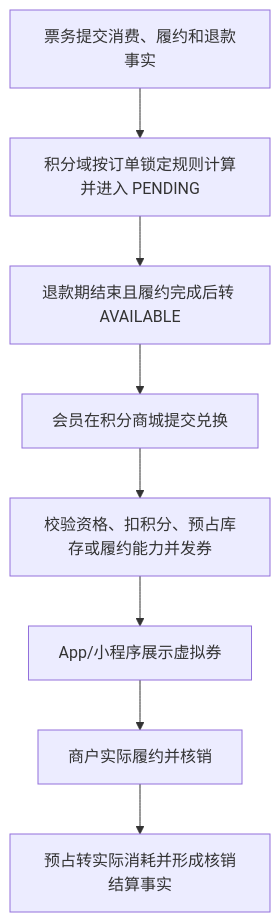
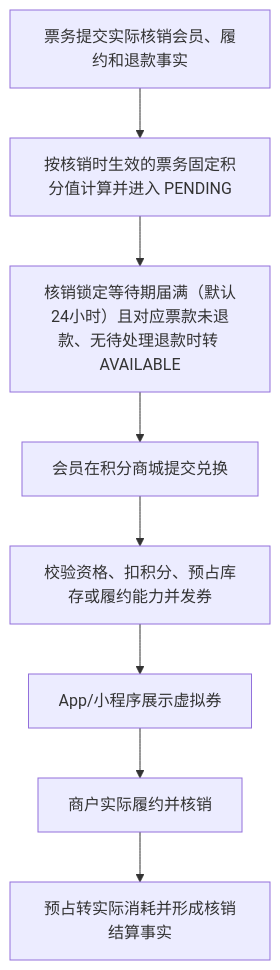
Before and after one commit to jxh1979/mall: the fifth of 5 diagrams in docs/ticketing-entitlement-checkin-product-prd-v0.1.md, drawn with Mermaid. The commit also changed other lines of this file and 18 other files, not shown here.

````diff
--- a/docs/ticketing-entitlement-checkin-product-prd-v0.1.md
+++ b/docs/ticketing-entitlement-checkin-product-prd-v0.1.md
@@ -474,10 +478,10 @@
 ```mermaid
 flowchart TD
-  A["票务提交消费、履约和退款事实"] --> B["积分域按订单锁定规则计算并进入 PENDING"]
-  B --> C["退款期结束且履约完成后转 AVAILABLE"]
+  A["票务提交实际核销会员、履约和退款事实"] --> B["按核销时生效的票务固定积分值计算并进入 PENDING"]
+  B --> C["核销锁定等待期届满（默认24小时）且对应票款未退款、无待处理退款时转 AVAILABLE"]
   C --> D["会员在积分商城提交兑换"]
   D --> E["校验资格、扣积分、预占库存或履约能力并发券"]
   E --> F["App/小程序展示虚拟券"]
   F --> G["商户实际履约并核销"]
   G --> H["预占转实际消耗并形成核销结算事实"]
 ```
````
